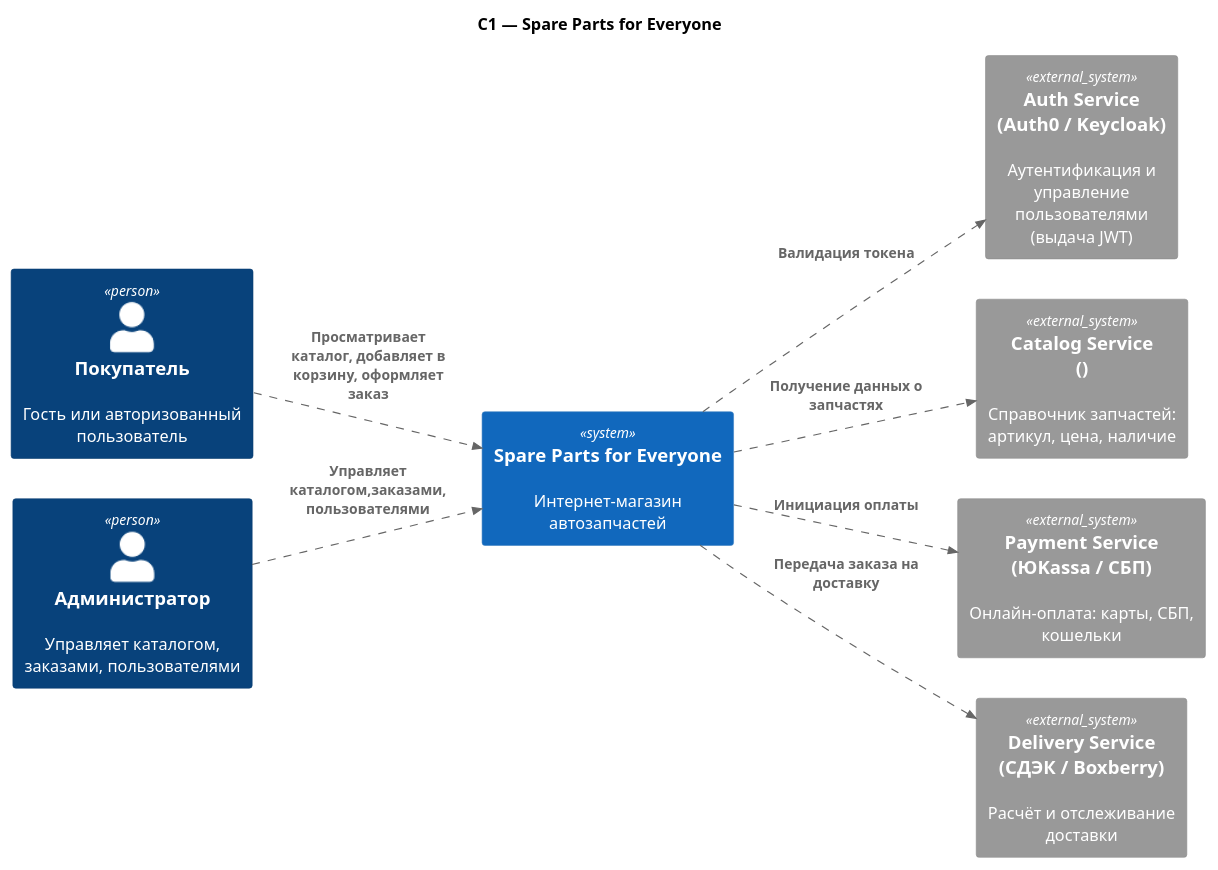
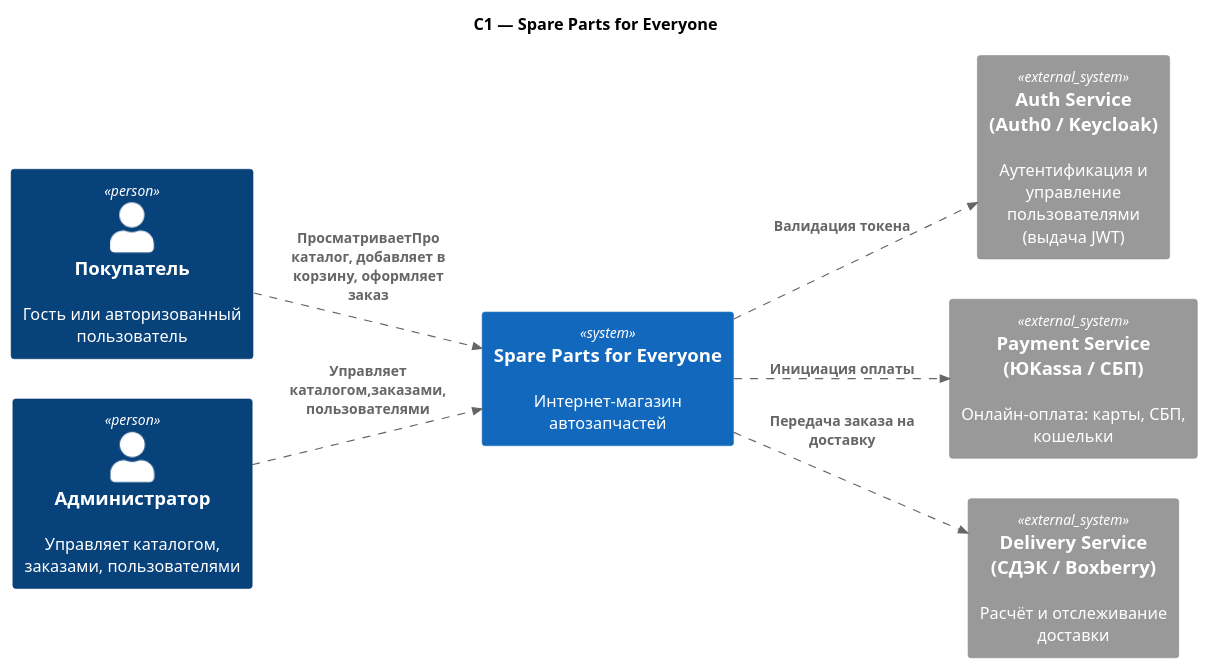
The diagram in C4/С1.puml (a-dobritsa/spareparts_for_everyone), drawn with PlantUML before and after one commit. The commit also changed 14 other files, not shown here.

```diff
--- a/C4/С1.puml
+++ b/C4/С1.puml
@@ -1,24 +1,22 @@
 @startuml
 !include <c4/C4_Container>
 LAYOUT_LANDSCAPE()
 
 title C1 — Spare Parts for Everyone
 
 Person(customer, "Покупатель", "Гость или авторизованный пользователь")
 Person(admin, "Администратор", "Управляет каталогом, заказами, пользователями")
 AddRelTag("backup", $lineStyle = DashedLine())
 
 System(spareparts, "Spare Parts for Everyone", "Интернет-магазин автозапчастей")
 System_Ext(auth, "Auth Service\n(Auth0 / Keycloak)", "Аутентификация и управление пользователями\n(выдача JWT)")
-System_Ext(catalog, "Catalog Service\n()", "Справочник запчастей: артикул, цена, наличие")
 System_Ext(payment, "Payment Service\n(ЮKassa / СБП)", "Онлайн-оплата: карты, СБП, кошельки")
 System_Ext(delivery, "Delivery Service\n(СДЭК / Boxberry)", "Расчёт и отслеживание доставки")
 
-Rel(customer, spareparts, "Просматривает каталог, добавляет в корзину, оформляет заказ",$tags="backup")
+Rel(customer, spareparts, "ПросматриваетПро каталог, добавляет в корзину, оформляет заказ",$tags="backup")
 Rel(admin, spareparts, "Управляет каталогом,заказами, пользователями",$tags="backup")
 Rel(spareparts, auth, "Валидация токена",$tags="backup")
-Rel(spareparts, catalog, "Получение данных о запчастях", $tags="backup")
 Rel(spareparts, payment, "Инициация оплаты", $tags="backup")
 Rel(spareparts, delivery, "Передача заказа на доставку", $tags="backup")
 
 @enduml
```
